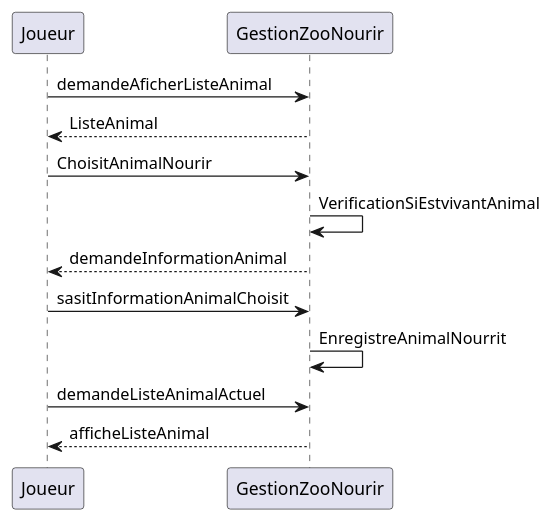
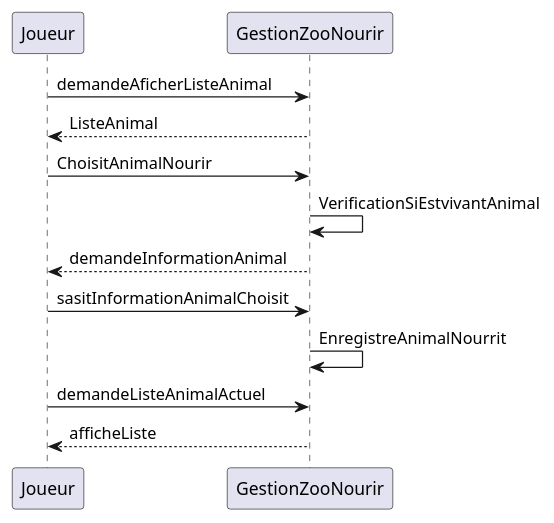
The diagram in src/doc/DiagrameSequenceNourir.md (Idricealy/JeuZoo), drawn with PlantUML before and after one commit.

Commit message:
Diagrame Sequence UC Nourrir Animal

```diff
--- a/src/doc/DiagrameSequenceNourir.md
+++ b/src/doc/DiagrameSequenceNourir.md
@@ -1,19 +1,19 @@
 @startuml
 
 Joueur -> GestionZooNourir: demandeAficherListeAnimal
 GestionZooNourir --> Joueur : ListeAnimal
 Joueur -> GestionZooNourir: ChoisitAnimalNourir
 GestionZooNourir ->  GestionZooNourir: VerificationSiEstvivantAnimal
 GestionZooNourir -->  Joueur: demandeInformationAnimal
 Joueur -> GestionZooNourir: sasitInformationAnimalChoisit
 GestionZooNourir ->  GestionZooNourir: EnregistreAnimalNourrit
 
 Joueur -> GestionZooNourir: demandeListeAnimalActuel
 
-GestionZooNourir -->  Joueur: afficheListeAnimal
+GestionZooNourir -->  Joueur: afficheListe
 
 	
 	
 	
 
 @enduml
```
